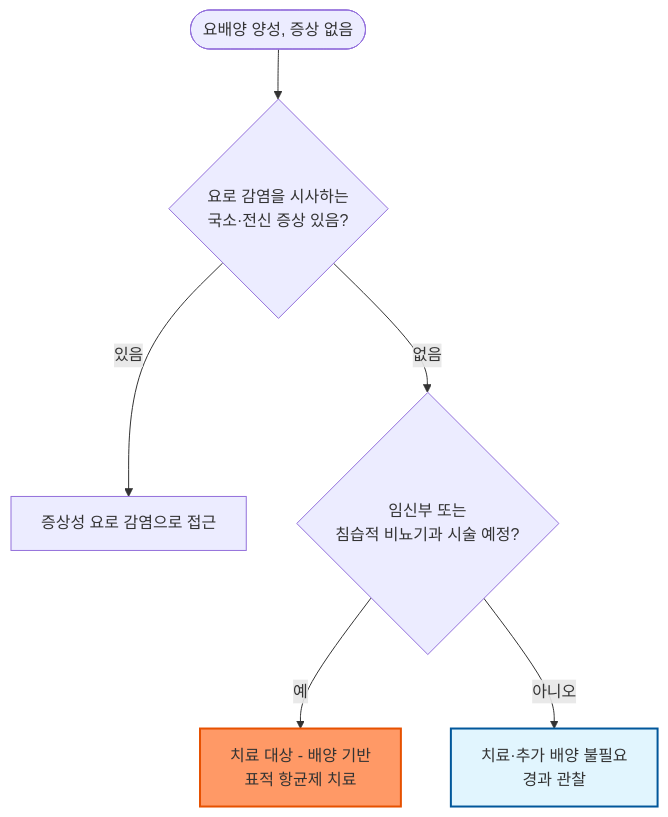
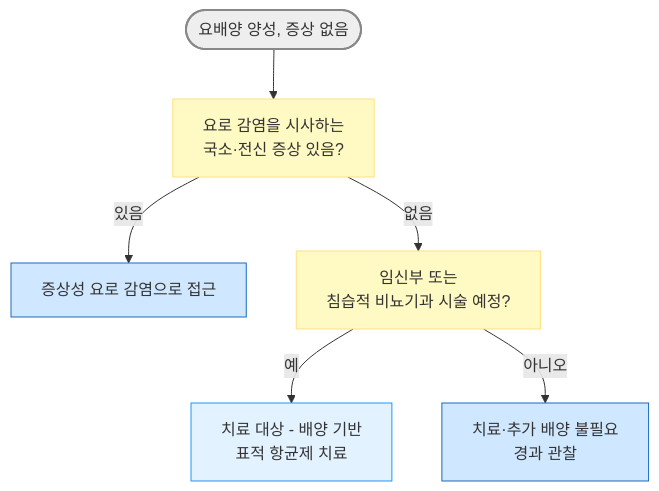
The diagram in 227_/114_-asymptomatic-bacteriuria.md (familyoh77/familyoh77), drawn with Mermaid before and after one commit. The commit also changed other lines of this file, not shown here.

````diff
--- a/227_/114_-asymptomatic-bacteriuria.md
+++ b/227_/114_-asymptomatic-bacteriuria.md
@@ -62,10 +61,15 @@
 ```mermaid
 graph TD
-    A([요배양 양성, 증상 없음]) --> B{요로 감염을 시사하는<br>국소·전신 증상 있음?}
+    A([요배양 양성, 증상 없음]) --> B[요로 감염을 시사하는<br>국소·전신 증상 있음?]
     B -- 있음 --> C[증상성 요로 감염으로 접근]
-    B -- 없음 --> D{임신부 또는<br>침습적 비뇨기과 시술 예정?}
+    B -- 없음 --> D[임신부 또는<br>침습적 비뇨기과 시술 예정?]
     D -- 예 --> E[치료 대상 - 배양 기반<br>표적 항균제 치료]
     D -- 아니오 --> F[치료·추가 배양 불필요<br>경과 관찰]
-    style E fill:#f96,stroke:#e65100,stroke-width:2px
-    style F fill:#e1f5fe,stroke:#01579b,stroke-width:2px
+
+style A fill:#eeeeee,stroke:#888888,stroke-width:2px
+classDef yellow fill:#fff9c4,stroke:#ffe082
+class B,D yellow
+classDef blue fill:#d0e8ff,stroke:#1a6abf
+class C,F blue
+style E fill:#e3f2ff,stroke:#2196f3
 ```
````
